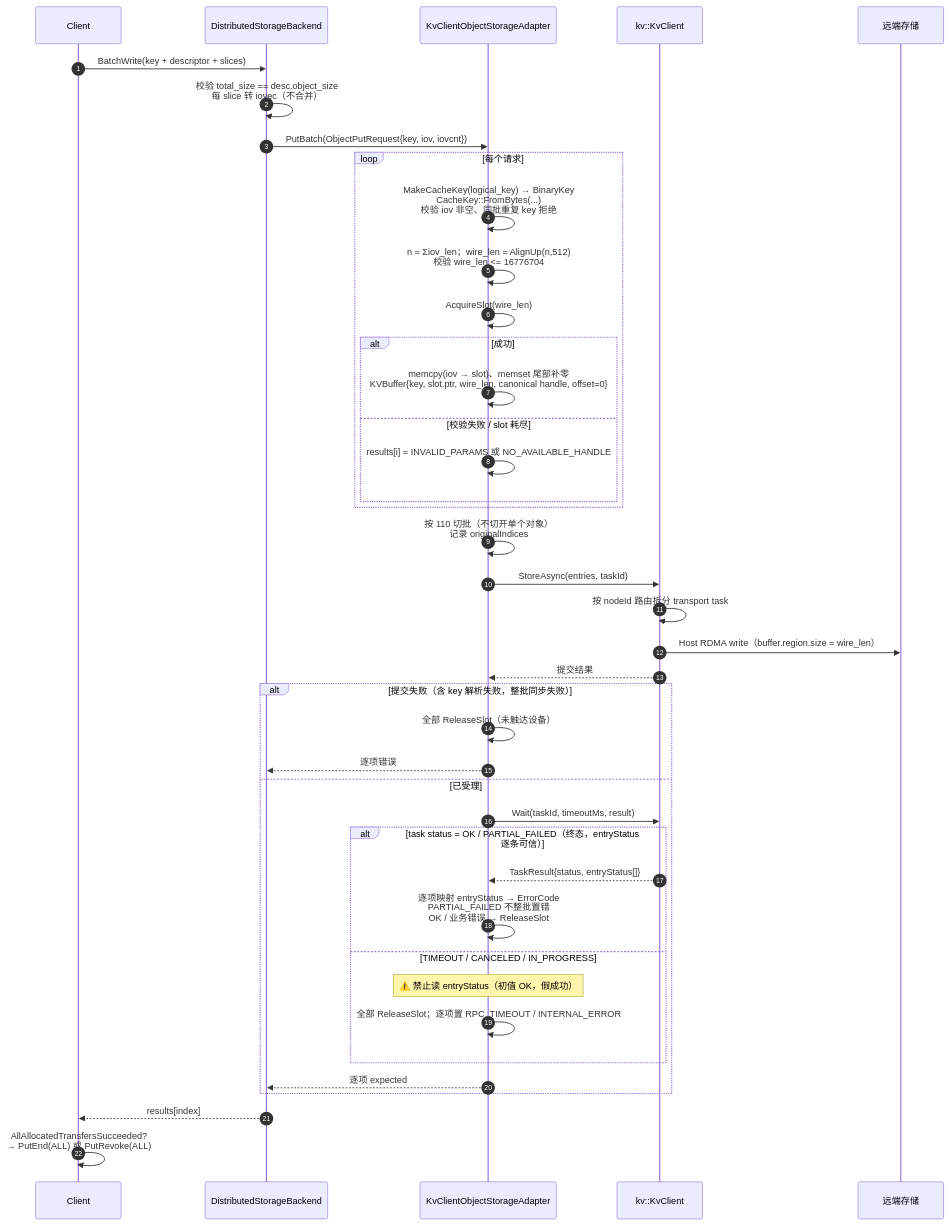
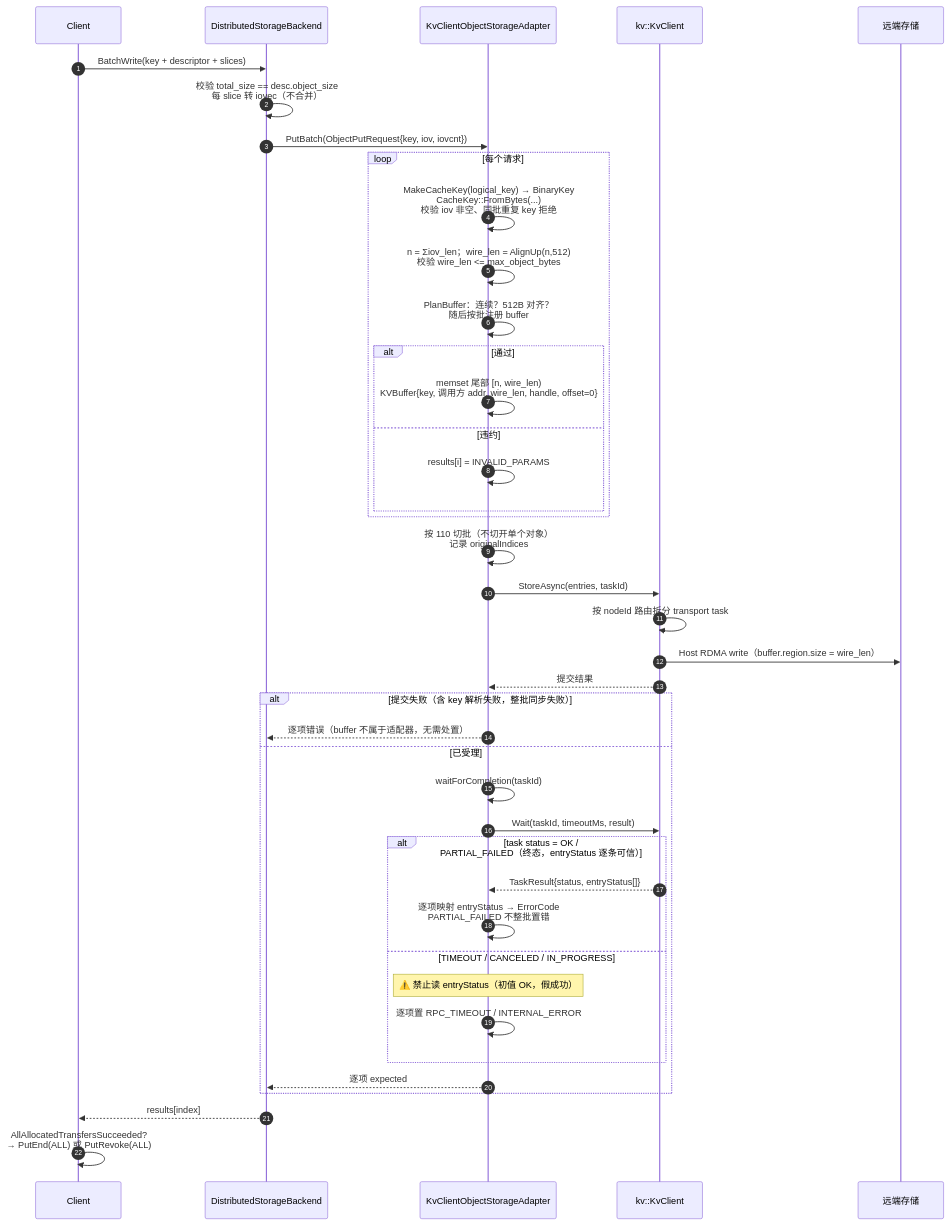
The ninth of 13 diagrams in Mooncake + KVClient L3 接入（Kvcs）- v3.md (zwj20000328-dotcom/Mooncake-documents), drawn with Mermaid before and after one commit. The commit also changed other lines of this file, not shown here.

````diff
--- a/Mooncake + KVClient L3 接入（Kvcs）- v3.md
+++ b/Mooncake + KVClient L3 接入（Kvcs）- v3.md
@@ -586,44 +582,44 @@
 ```mermaid
 sequenceDiagram
     autonumber
     participant C as Client
     participant BE as DistributedStorageBackend
     participant AD as KvClientObjectStorageAdapter
     participant SDK as kv::KvClient
     participant S as 远端存储
 
     C->>BE: BatchWrite(key + descriptor + slices)
     BE->>BE: 校验 total_size == desc.object_size<br/>每 slice 转 iovec（不合并）
     BE->>AD: PutBatch(ObjectPutRequest{key, iov, iovcnt})
     loop 每个请求
         AD->>AD: MakeCacheKey(logical_key) → BinaryKey<br/>CacheKey::FromBytes(...)<br/>校验 iov 非空、同批重复 key 拒绝
-        AD->>AD: n = Σiov_len；wire_len = AlignUp(n,512)<br/>校验 wire_len <= 16776704
-        AD->>AD: AcquireSlot(wire_len)
-        alt 成功
-            AD->>AD: memcpy(iov → slot)、memset 尾部补零<br/>KVBuffer{key, slot.ptr, wire_len, canonical handle, offset=0}
-        else 校验失败 / slot 耗尽
-            AD->>AD: results[i] = INVALID_PARAMS 或 NO_AVAILABLE_HANDLE
+        AD->>AD: n = Σiov_len；wire_len = AlignUp(n,512)<br/>校验 wire_len <= max_object_bytes
+        AD->>AD: PlanBuffer：连续？512B 对齐？<br/>随后按批注册 buffer
+        alt 通过
+            AD->>AD: memset 尾部 [n, wire_len)<br/>KVBuffer{key, 调用方 addr, wire_len, handle, offset=0}
+        else 违约
+            AD->>AD: results[i] = INVALID_PARAMS
         end
     end
     AD->>AD: 按 110 切批（不切开单个对象）<br/>记录 originalIndices
     AD->>SDK: StoreAsync(entries, taskId)
     SDK->>SDK: 按 nodeId 路由拆分 transport task
     SDK->>S: Host RDMA write（buffer.region.size = wire_len）
     SDK-->>AD: 提交结果
     alt 提交失败（含 key 解析失败，整批同步失败）
-        AD->>AD: 全部 ReleaseSlot（未触达设备）
-        AD-->>BE: 逐项错误
+        AD-->>BE: 逐项错误（buffer 不属于适配器，无需处置）
     else 已受理
+        AD->>AD: waitForCompletion(taskId)
         AD->>SDK: Wait(taskId, timeoutMs, result)
         alt task status = OK / PARTIAL_FAILED（终态，entryStatus 逐条可信）
             SDK-->>AD: TaskResult{status, entryStatus[]}
-            AD->>AD: 逐项映射 entryStatus → ErrorCode<br/>PARTIAL_FAILED 不整批置错<br/>OK / 业务错误 → ReleaseSlot
+            AD->>AD: 逐项映射 entryStatus → ErrorCode<br/>PARTIAL_FAILED 不整批置错
         else TIMEOUT / CANCELED / IN_PROGRESS
             Note over AD: ⚠️ 禁止读 entryStatus（初值 OK，假成功）
-            AD->>AD: 全部 ReleaseSlot；逐项置 RPC_TIMEOUT / INTERNAL_ERROR
+            AD->>AD: 逐项置 RPC_TIMEOUT / INTERNAL_ERROR
         end
         AD-->>BE: 逐项 expected
     end
     BE-->>C: results[index]
     C->>C: AllAllocatedTransfersSucceeded?<br/>→ PutEnd(ALL) 或 PutRevoke(ALL)
 ```
````
